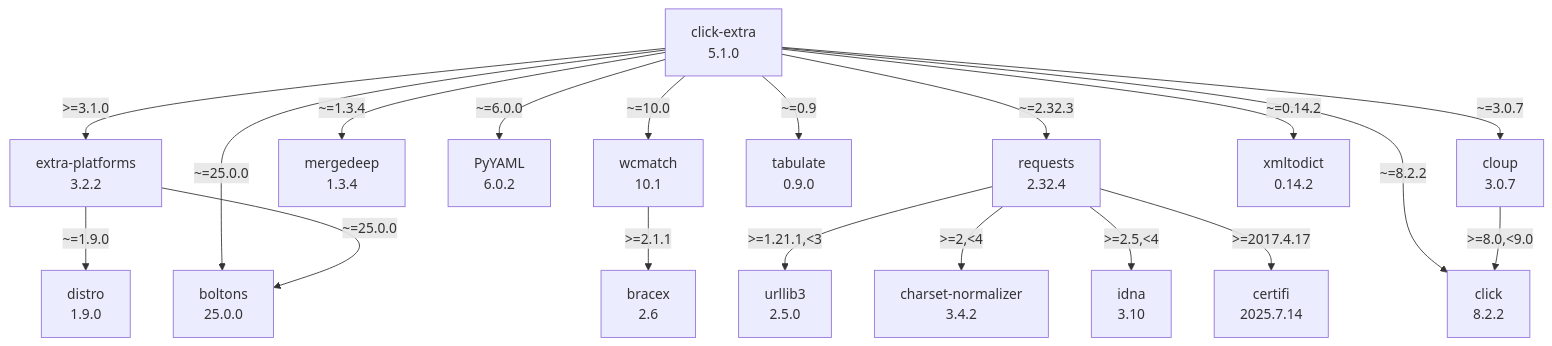
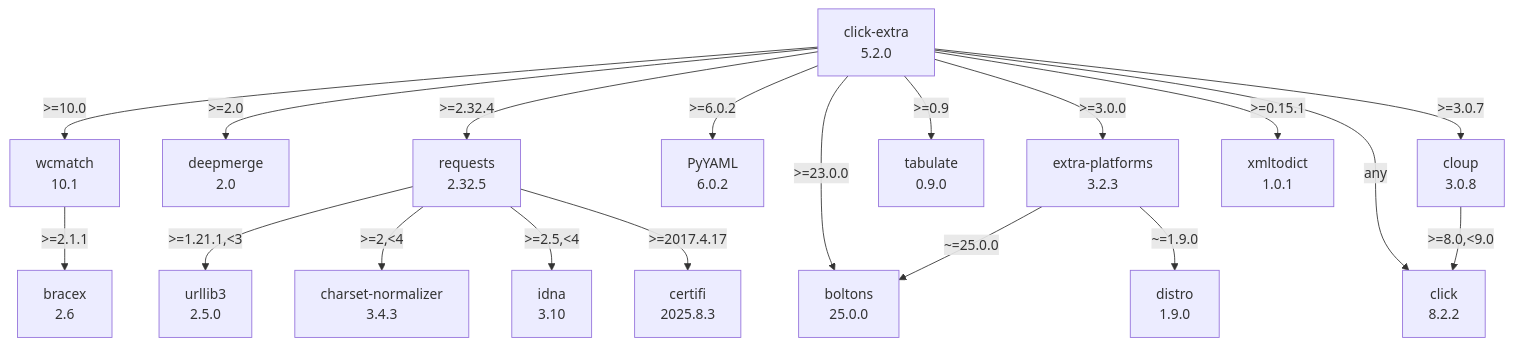
Before and after one commit to kdeldycke/click-extra: the diagram in docs/assets/dependencies.mmd, drawn with Mermaid.

Commit message:
[autofix] Regenerate dependency graph

```diff
--- a/docs/assets/dependencies.mmd
+++ b/docs/assets/dependencies.mmd
@@ -1,37 +1,37 @@
 flowchart TD
     classDef missing stroke-dasharray: 5
     boltons["boltons\n25.0.0"]
     bracex["bracex\n2.6"]
-    certifi["certifi\n2025.7.14"]
-    charset-normalizer["charset-normalizer\n3.4.2"]
-    click-extra["click-extra\n5.1.0"]
+    certifi["certifi\n2025.8.3"]
+    charset-normalizer["charset-normalizer\n3.4.3"]
+    click-extra["click-extra\n5.2.0"]
     click_0["click\n8.2.2"]
-    cloup["cloup\n3.0.7"]
+    cloup["cloup\n3.0.8"]
+    deepmerge["deepmerge\n2.0"]
     distro["distro\n1.9.0"]
-    extra-platforms["extra-platforms\n3.2.2"]
+    extra-platforms["extra-platforms\n3.2.3"]
     idna["idna\n3.10"]
-    mergedeep["mergedeep\n1.3.4"]
     pyyaml["PyYAML\n6.0.2"]
-    requests["requests\n2.32.4"]
+    requests["requests\n2.32.5"]
     tabulate["tabulate\n0.9.0"]
     urllib3["urllib3\n2.5.0"]
     wcmatch["wcmatch\n10.1"]
-    xmltodict["xmltodict\n0.14.2"]
-    click-extra -- ">=3.1.0" --> extra-platforms
-    click-extra -- "~=0.14.2" --> xmltodict
-    click-extra -- "~=0.9" --> tabulate
-    click-extra -- "~=1.3.4" --> mergedeep
-    click-extra -- "~=10.0" --> wcmatch
-    click-extra -- "~=2.32.3" --> requests
-    click-extra -- "~=25.0.0" --> boltons
-    click-extra -- "~=3.0.7" --> cloup
-    click-extra -- "~=6.0.0" --> pyyaml
-    click-extra -- "~=8.2.2" --> click_0
+    xmltodict["xmltodict\n1.0.1"]
+    click-extra -- ">=0.15.1" --> xmltodict
+    click-extra -- ">=0.9" --> tabulate
+    click-extra -- ">=10.0" --> wcmatch
+    click-extra -- ">=2.0" --> deepmerge
+    click-extra -- ">=2.32.4" --> requests
+    click-extra -- ">=23.0.0" --> boltons
+    click-extra -- ">=3.0.0" --> extra-platforms
+    click-extra -- ">=3.0.7" --> cloup
+    click-extra -- ">=6.0.2" --> pyyaml
+    click-extra -- "any" --> click_0
     cloup -- ">=8.0,<9.0" --> click_0
     extra-platforms -- "~=1.9.0" --> distro
     extra-platforms -- "~=25.0.0" --> boltons
     requests -- ">=1.21.1,<3" --> urllib3
     requests -- ">=2,<4" --> charset-normalizer
     requests -- ">=2.5,<4" --> idna
     requests -- ">=2017.4.17" --> certifi
     wcmatch -- ">=2.1.1" --> bracex
```
